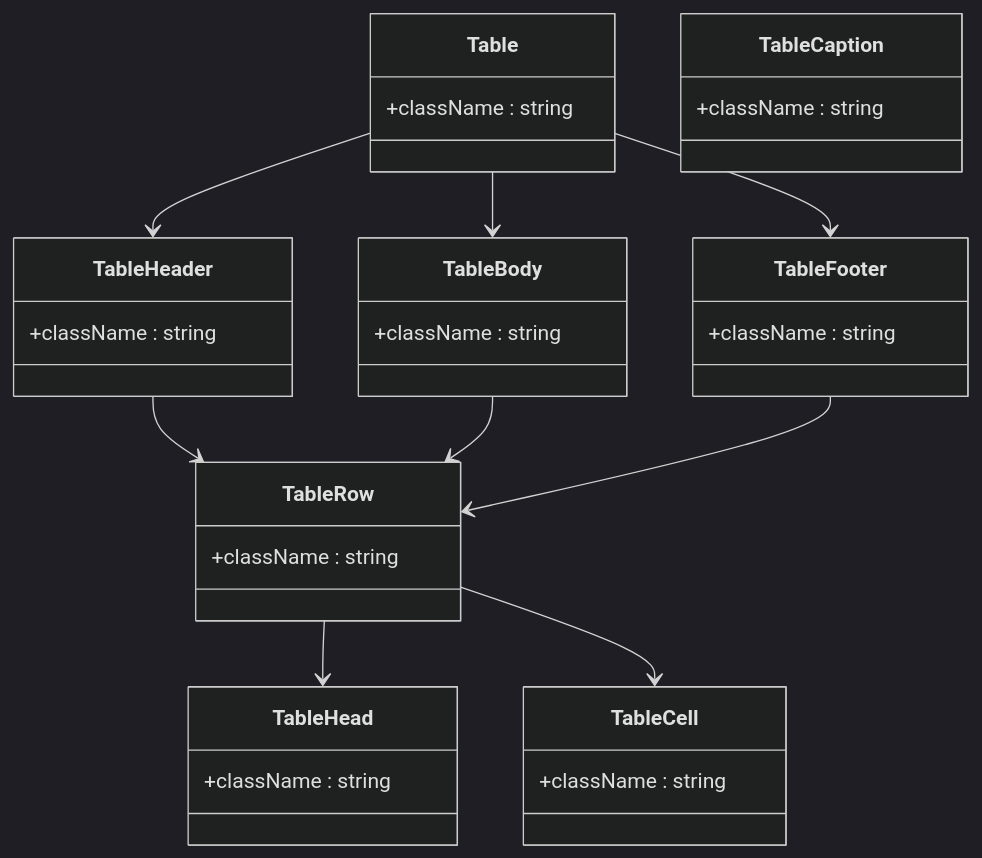
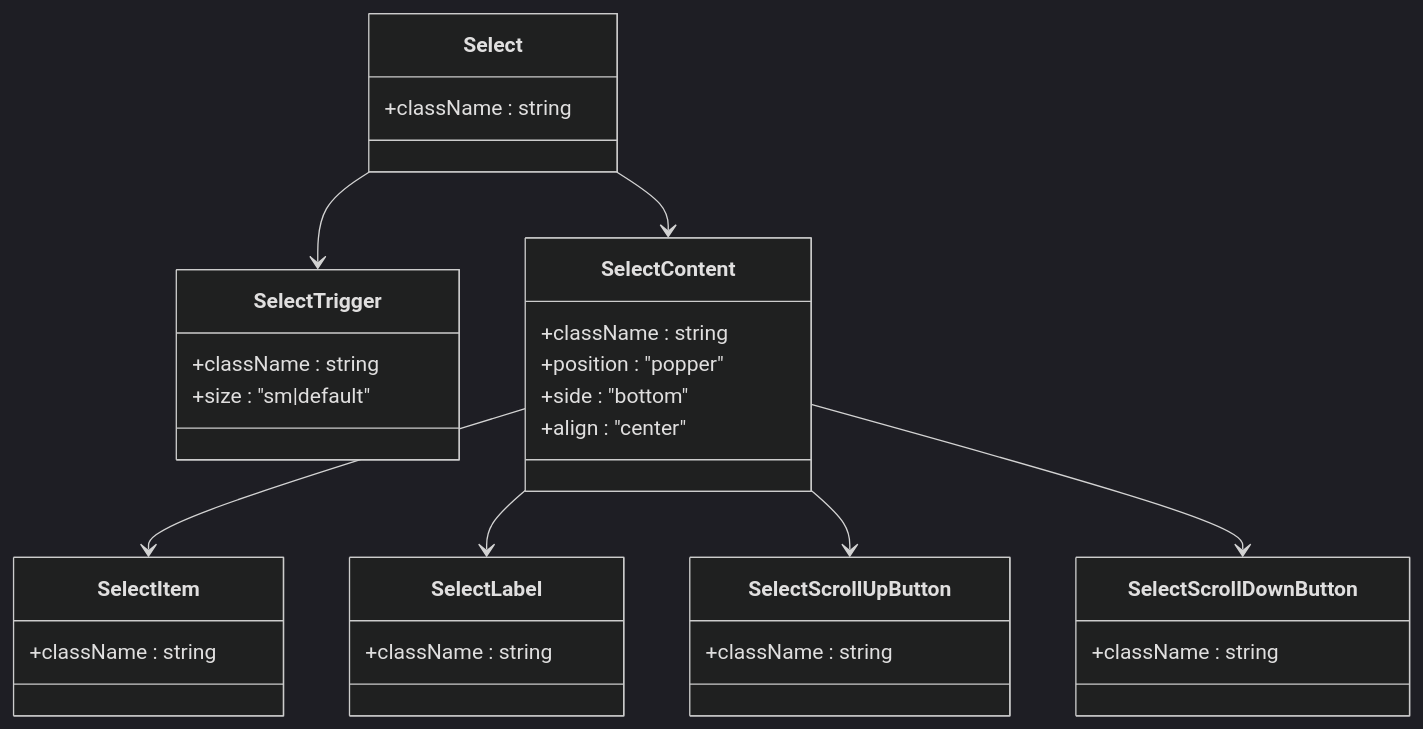
Before and after one commit to PA-Penajam/kepegawaian_apps: the sixth of 24 diagrams in .qoder/repowiki/en/content/Frontend Architecture/React Component System/React Component System.md, drawn with Mermaid (dark theme). The commit also changed other lines of this file and 13 other files, not shown here.

````diff
--- a/.qoder/repowiki/en/content/Frontend Architecture/React Component System/React Component System.md
+++ b/.qoder/repowiki/en/content/Frontend Architecture/React Component System/React Component System.md
@@ -449,35 +485,34 @@
 ```mermaid
 classDiagram
-class Table {
+class Select {
 +className : string
 }
-class TableHeader {
+class SelectTrigger {
++className : string
++size : "sm|default"
+}
+class SelectContent {
++className : string
++position : "popper"
++side : "bottom"
++align : "center"
+}
+class SelectItem {
 +className : string
 }
-class TableBody {
+class SelectLabel {
 +className : string
 }
-class TableFooter {
+class SelectScrollUpButton {
 +className : string
 }
-class TableRow {
+class SelectScrollDownButton {
 +className : string
 }
-class TableHead {
-+className : string
-}
-class TableCell {
-+className : string
-}
-class TableCaption {
-+className : string
-}
-Table --> TableHeader
-Table --> TableBody
-Table --> TableFooter
-TableHeader --> TableRow
-TableBody --> TableRow
-TableFooter --> TableRow
-TableRow --> TableHead
-TableRow --> TableCell
+Select --> SelectTrigger
+Select --> SelectContent
+SelectContent --> SelectItem
+SelectContent --> SelectLabel
+SelectContent --> SelectScrollUpButton
+SelectContent --> SelectScrollDownButton
 ```
````
